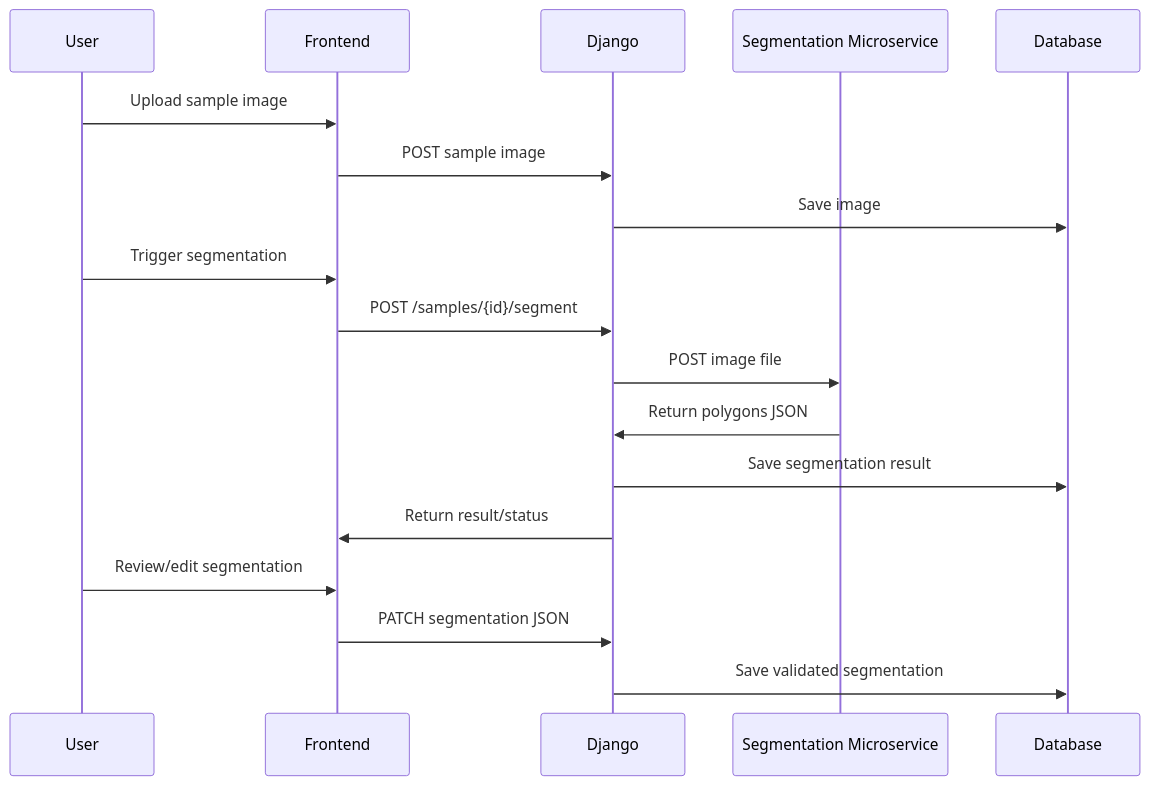
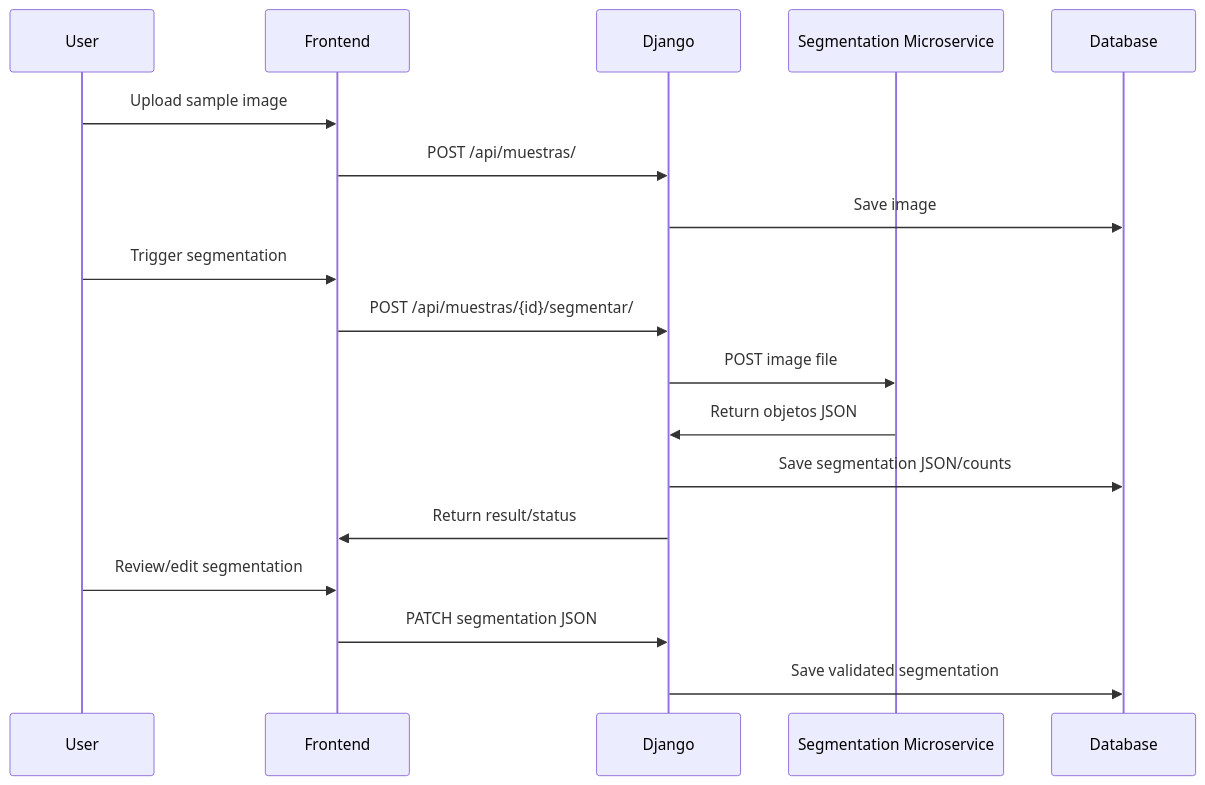
Before and after one commit to irgNemo/sicam-refactor: the second of 2 diagrams in docs/10_codex_master_context.md, drawn with Mermaid. The commit also changed other lines of this file and 9 other files, not shown here.

````diff
--- a/docs/10_codex_master_context.md
+++ b/docs/10_codex_master_context.md
@@ -197,21 +279,21 @@
 ```mermaid
 sequenceDiagram
     participant User
     participant Frontend
     participant Django
     participant Service as Segmentation Microservice
     participant DB as Database
 
     User->>Frontend: Upload sample image
-    Frontend->>Django: POST sample image
+    Frontend->>Django: POST /api/muestras/
     Django->>DB: Save image
     User->>Frontend: Trigger segmentation
-    Frontend->>Django: POST /samples/{id}/segment
+    Frontend->>Django: POST /api/muestras/{id}/segmentar/
     Django->>Service: POST image file
-    Service->>Django: Return polygons JSON
-    Django->>DB: Save segmentation result
+    Service->>Django: Return objetos JSON
+    Django->>DB: Save segmentation JSON/counts
     Django->>Frontend: Return result/status
     User->>Frontend: Review/edit segmentation
     Frontend->>Django: PATCH segmentation JSON
     Django->>DB: Save validated segmentation
 ```
````
